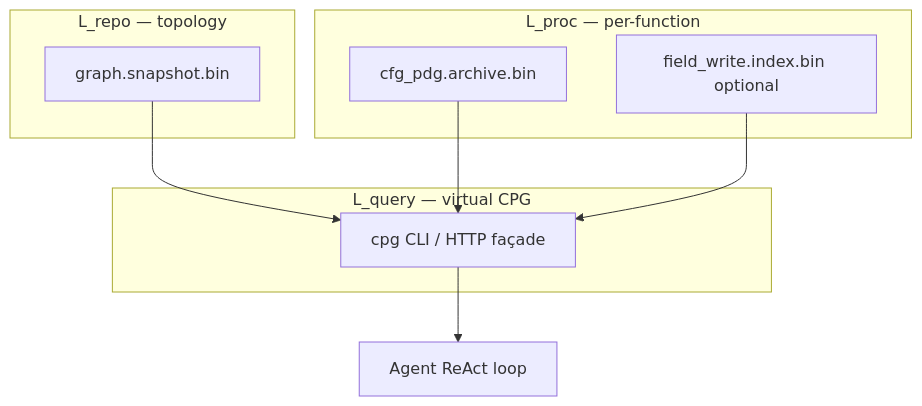
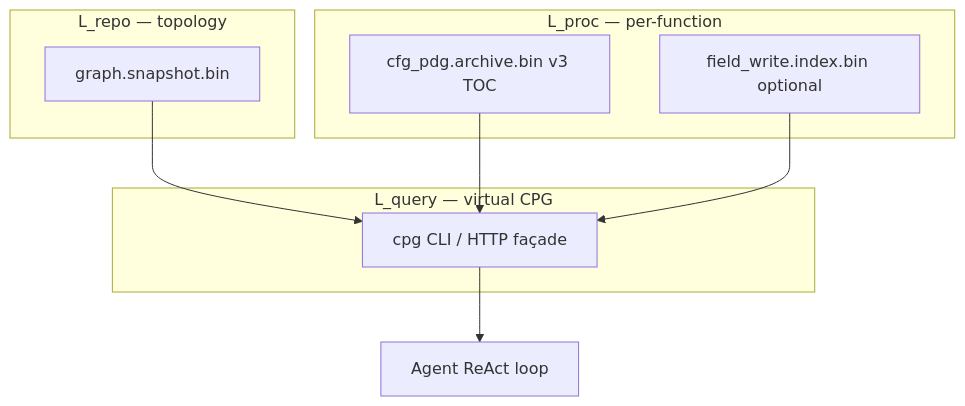
The diagram in docs/design/hybrid-cpg-plan.md (l3acon/rgctl), drawn with Mermaid before and after one commit. The commit also changed other lines of this file and 79 other files, not shown here.

````diff
--- a/docs/design/hybrid-cpg-plan.md
+++ b/docs/design/hybrid-cpg-plan.md
@@ -36,17 +39,17 @@
 ```mermaid
 flowchart TB
   subgraph L_repo["L_repo — topology"]
     SNAP[graph.snapshot.bin]
   end
   subgraph L_proc["L_proc — per-function"]
-    ARC[cfg_pdg.archive.bin]
+    ARC["cfg_pdg.archive.bin v3 TOC"]
     IDX[field_write.index.bin optional]
   end
   subgraph L_query["L_query — virtual CPG"]
     API[cpg CLI / HTTP façade]
   end
   SNAP --> API
   ARC --> API
   IDX --> API
   API --> AGENT[Agent ReAct loop]
 ```
````
